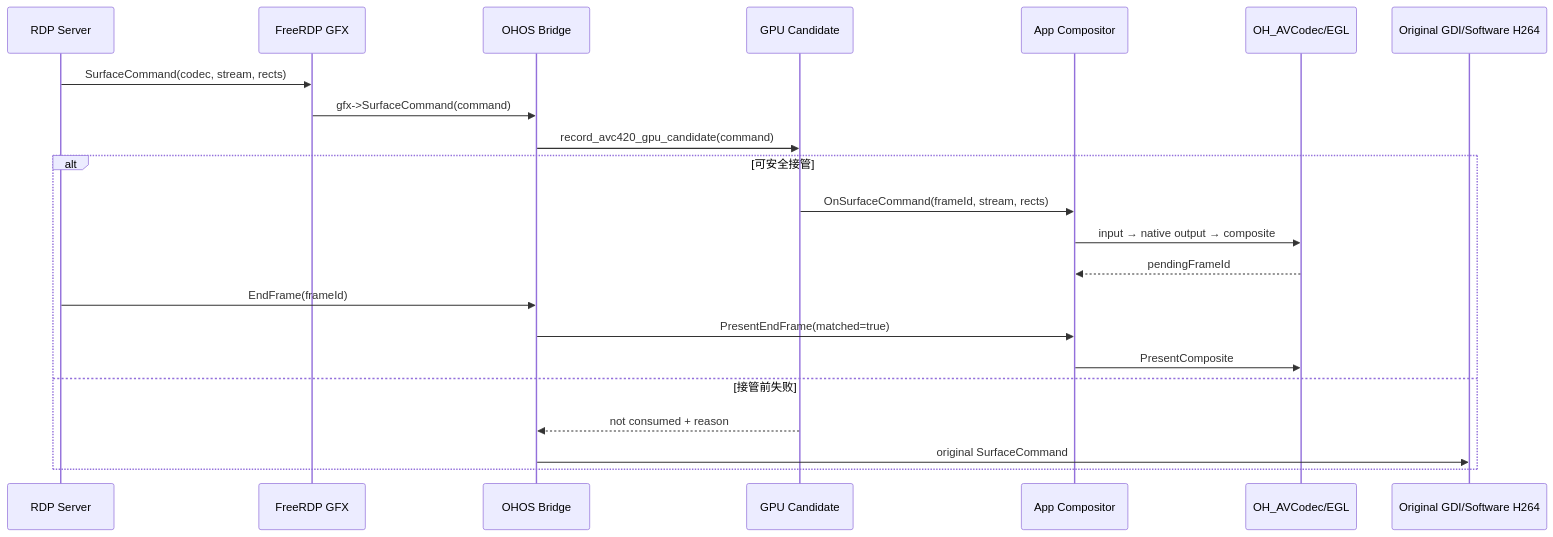
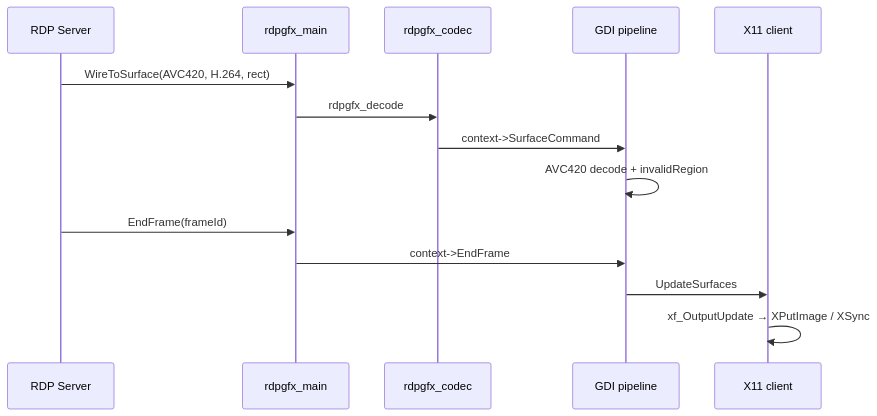
Before and after one commit to xiaomu120413/harmonyos-sdd-ralph-workshop: the sixth of 12 diagrams in harmonyos-sdd-ralph-workshop.md, drawn with Mermaid. The commit also changed other lines of this file and 5 other files, not shown here.

````diff
--- a/harmonyos-sdd-ralph-workshop.md
+++ b/harmonyos-sdd-ralph-workshop.md
@@ -1617,24 +1610,16 @@
 ```mermaid
 sequenceDiagram
-  participant Server as RDP Server
-  participant GFX as FreeRDP GFX
-  participant Bridge as OHOS Bridge
-  participant Policy as GPU Candidate
-  participant Comp as App Compositor
-  participant HW as OH_AVCodec/EGL
-  participant GDI as Original GDI/Software H264
-  Server->>GFX: SurfaceCommand(codec, stream, rects)
-  GFX->>Bridge: gfx->SurfaceCommand(command)
-  Bridge->>Policy: record_avc420_gpu_candidate(command)
-  alt 可安全接管
-    Policy->>Comp: OnSurfaceCommand(frameId, stream, rects)
-    Comp->>HW: input → native output → composite
-    HW-->>Comp: pendingFrameId
-    Server->>Bridge: EndFrame(frameId)
-    Bridge->>Comp: PresentEndFrame(matched=true)
-    Comp->>HW: PresentComposite
-  else 接管前失败
-    Policy-->>Bridge: not consumed + reason
-    Bridge->>GDI: original SurfaceCommand
-  end
+  participant S as RDP Server
+  participant P as rdpgfx_main
+  participant C as rdpgfx_codec
+  participant G as GDI pipeline
+  participant X as X11 client
+  S->>P: WireToSurface(AVC420, H.264, rect)
+  P->>C: rdpgfx_decode
+  C->>G: context->SurfaceCommand
+  G->>G: AVC420 decode + invalidRegion
+  S->>P: EndFrame(frameId)
+  P->>G: context->EndFrame
+  G->>X: UpdateSurfaces
+  X->>X: xf_OutputUpdate → XPutImage / XSync
 ```
````
